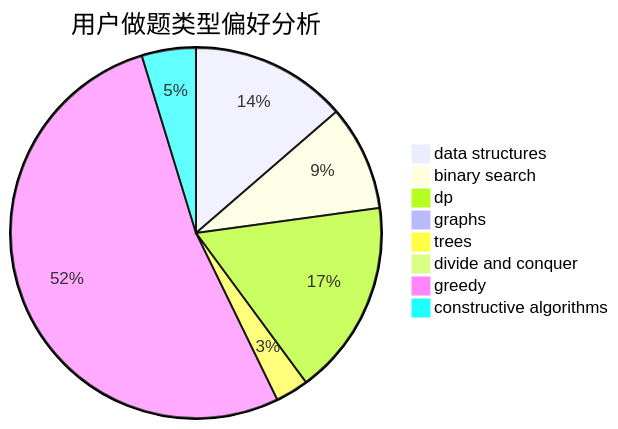
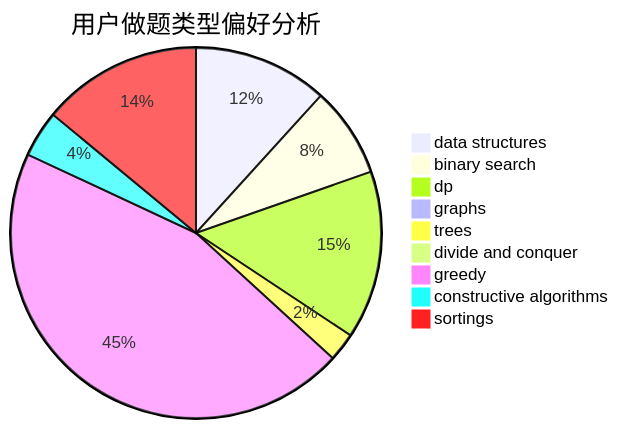
One commit to sherpahu/cfrs.github.io changed the second of 3 diagrams in docs/user/u411.md. Above: the diagram before and after it, drawn with Mermaid. The commit also changed other lines of this file and 2769 other files, not shown here.

````diff
--- a/docs/user/u411.md
+++ b/docs/user/u411.md
@@ -23,11 +18,12 @@
 ```mermaid
 pie title 用户做题类型偏好分析
     "data structures" :  52
     "binary search" :  35
     "dp" :  65
     "graphs" :  0
     "trees" :  11
     "divide and conquer" :  0
     "greedy" :  200
     "constructive algorithms" :  18
+    "sortings" :  62
 ```
````
